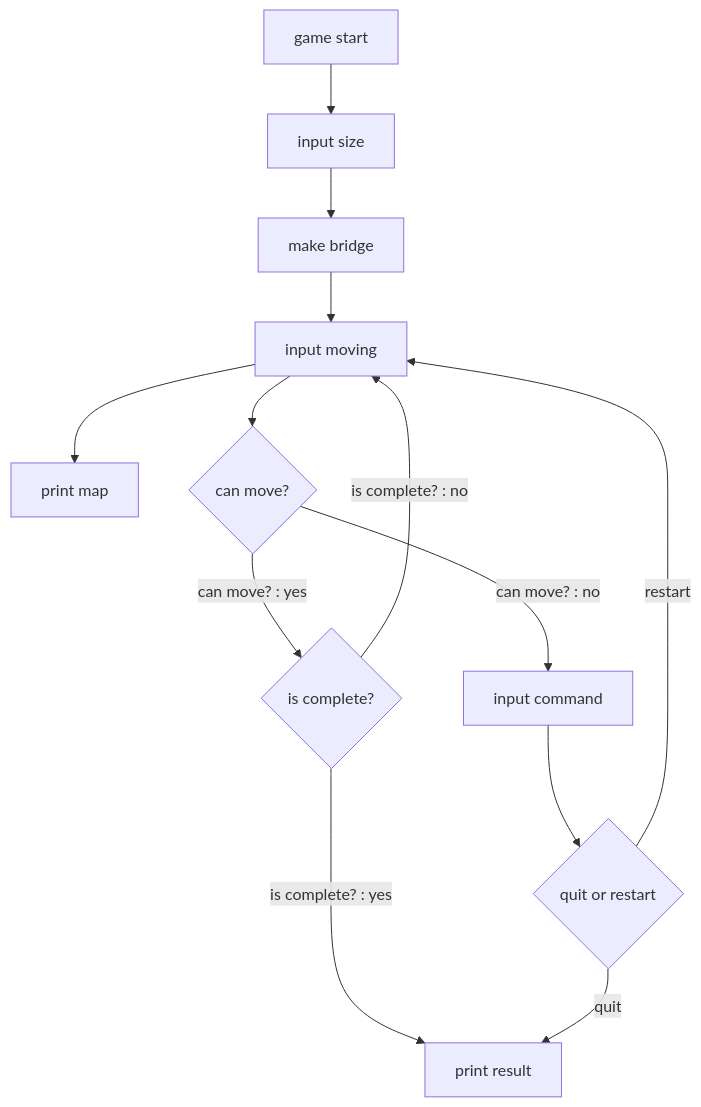
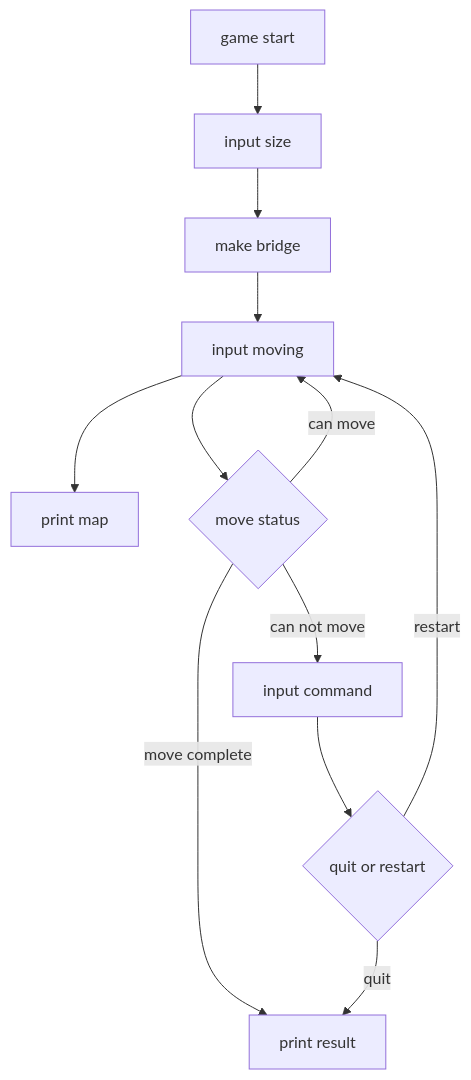
Before and after one commit to woowacourse-precourse/javascript-bridge: the diagram in docs/README.md, drawn with Mermaid.

Commit message:
docs: flow chart 최종 수정 (docs/README.md)

````diff
--- a/docs/README.md
+++ b/docs/README.md
@@ -7,12 +7,11 @@
 ```mermaid
 graph TD
     A[game start]-->B[input size]-->C[make bridge]-->D[input moving]-->E[print map]
-    D-->F{can move?}
-    F-->|can move? : yes|H{is complete?}
-    F-->|can move? : no|I[input command]
-    H-->|is complete? : yes|K
-    H-->|is complete? : no|D
+    D-->F{move status}
+    F-->|move complete|K
+    F-->|can not move|I[input command]
+		F-->|can move|D
     I-->J{quit or restart}
     J-->|quit|K[print result]
     J-->|restart|D
 ```
````
